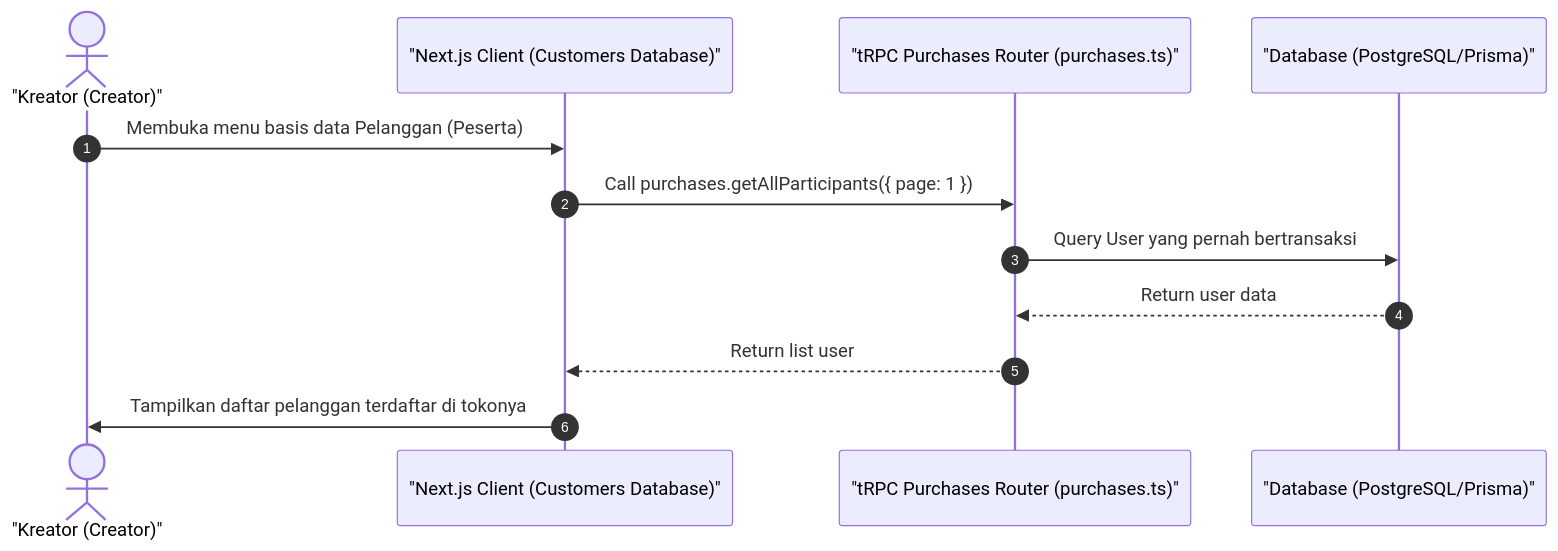
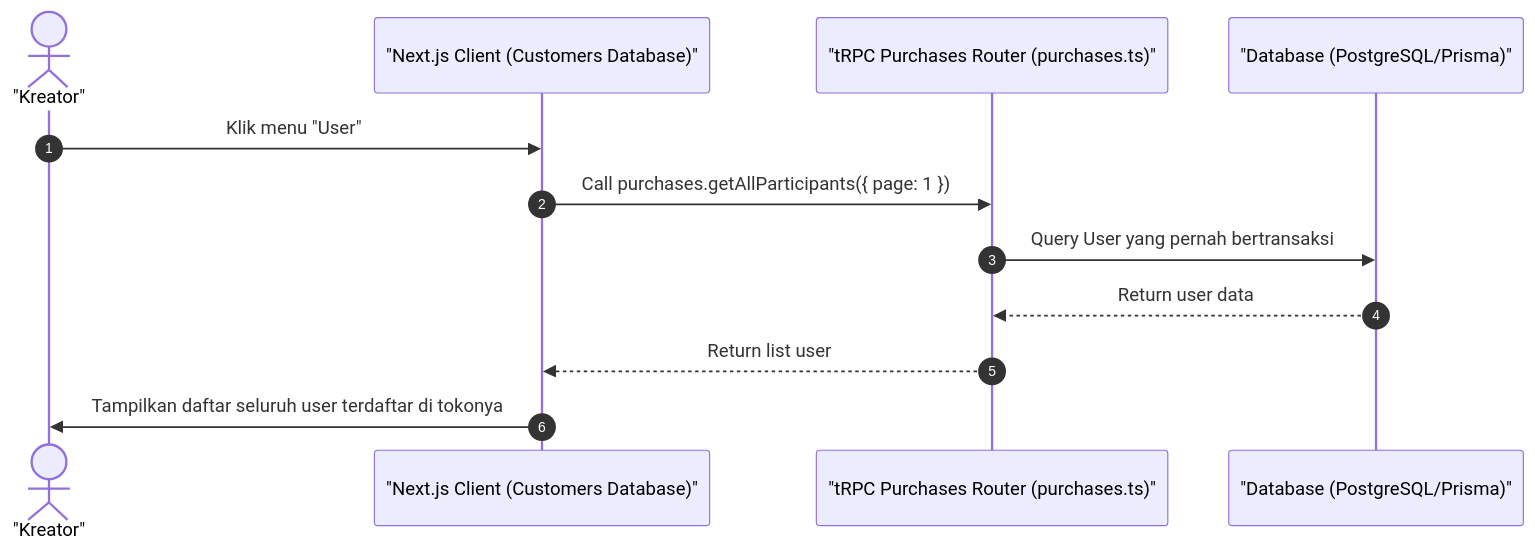
The diagram in docs/25-creator-users-list.md (luputer/CuanIN), drawn with Mermaid before and after one commit. The commit also changed 53 other files, not shown here.

````diff
--- a/docs/25-creator-users-list.md
+++ b/docs/25-creator-users-list.md
@@ -5,16 +5,16 @@
 ```mermaid
 sequenceDiagram
     autonumber
-    actor Creator as "Kreator (Creator)"
+    actor Creator as "Kreator"
     participant Client as "Next.js Client (Customers Database)"
     participant Server as "tRPC Purchases Router (purchases.ts)"
     participant DB as "Database (PostgreSQL/Prisma)"
 
-    Creator->>Client: Membuka menu basis data Pelanggan (Peserta)
+    Creator->>Client: Klik menu "User"
     Client->>Server: Call purchases.getAllParticipants({ page: 1 })
     Server->>DB: Query User yang pernah bertransaksi
     DB-->>Server: Return user data
     Server-->>Client: Return list user
-    Client->>Creator: Tampilkan daftar pelanggan terdaftar di tokonya
+    Client->>Creator: Tampilkan daftar seluruh user terdaftar di tokonya
 
 ```
````
